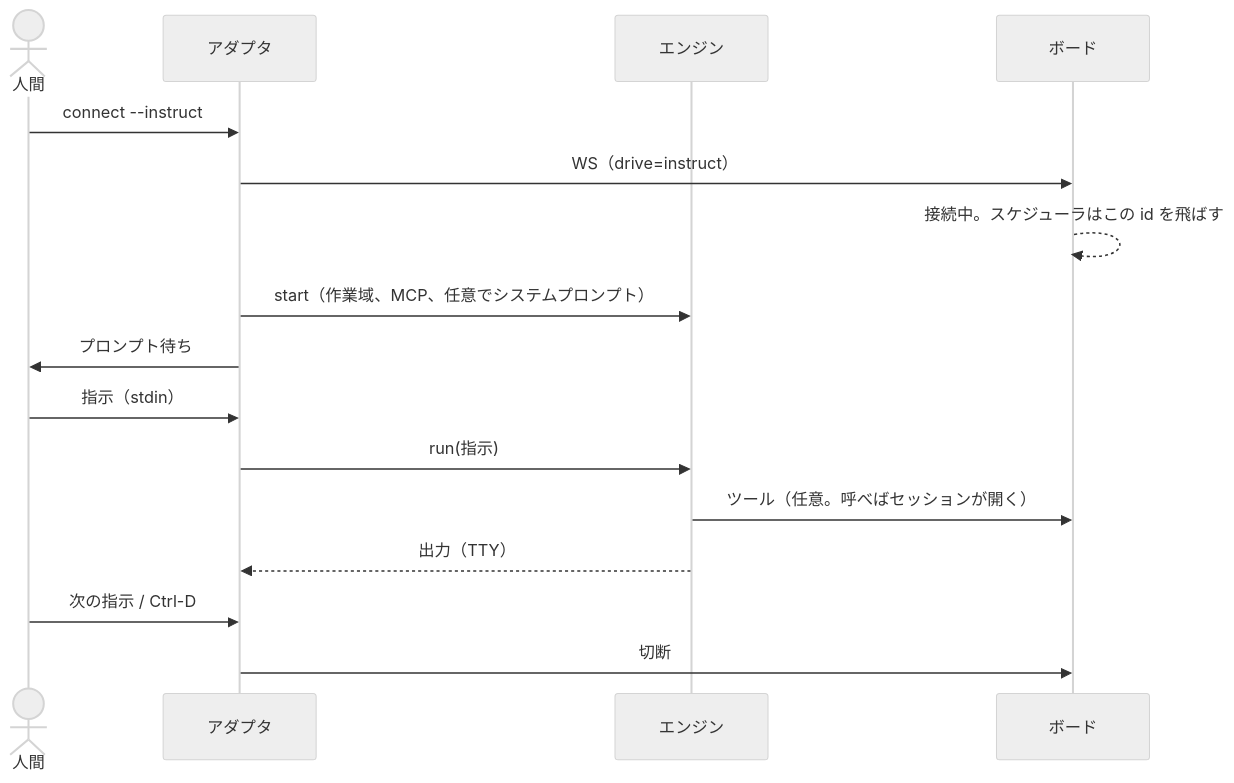
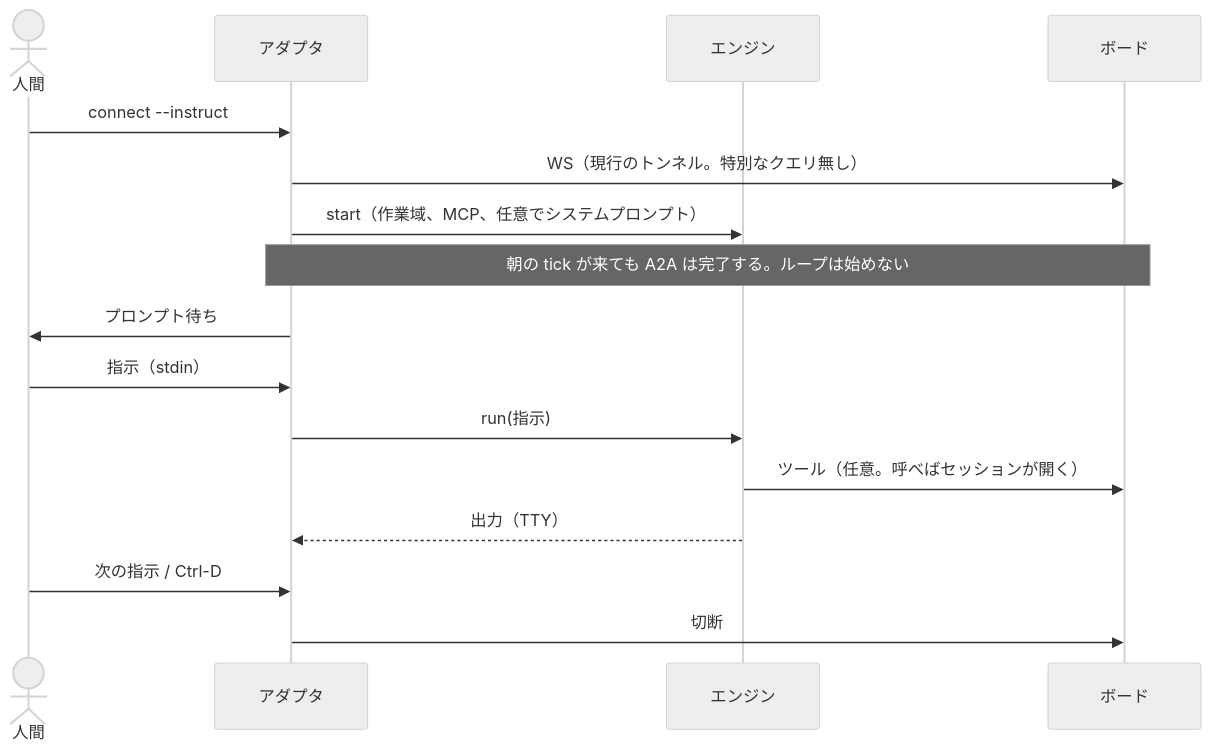
The diagram in docs/design/19-instruct-connect.md (hskksk/comitia), drawn with Mermaid (neutral theme) before and after one commit. The commit also changed other lines of this file and 2 other files, not shown here.

````diff
--- a/docs/design/19-instruct-connect.md
+++ b/docs/design/19-instruct-connect.md
@@ -136,19 +142,19 @@
 ```mermaid
 sequenceDiagram
   actor 人間
   participant アダプタ
   participant エンジン
   participant ボード
 
   人間->>アダプタ: connect --instruct
-  アダプタ->>ボード: WS（drive=instruct）
-  ボード-->>ボード: 接続中。スケジューラはこの id を飛ばす
+  アダプタ->>ボード: WS（現行のトンネル。特別なクエリ無し）
   アダプタ->>エンジン: start（作業域、MCP、任意でシステムプロンプト）
+  Note over ボード,アダプタ: 朝の tick が来ても A2A は完了する。ループは始めない
   アダプタ->>人間: プロンプト待ち
   人間->>アダプタ: 指示（stdin）
   アダプタ->>エンジン: run(指示)
   エンジン->>ボード: ツール（任意。呼べばセッションが開く）
   エンジン-->>アダプタ: 出力（TTY）
   人間->>アダプタ: 次の指示 / Ctrl-D
   アダプタ->>ボード: 切断
 ```
````
